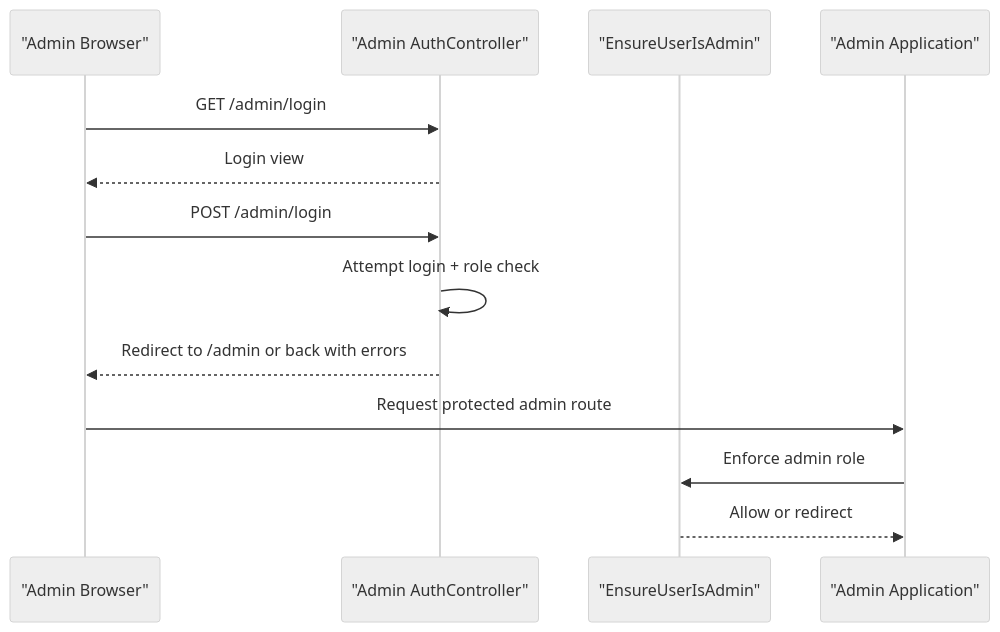
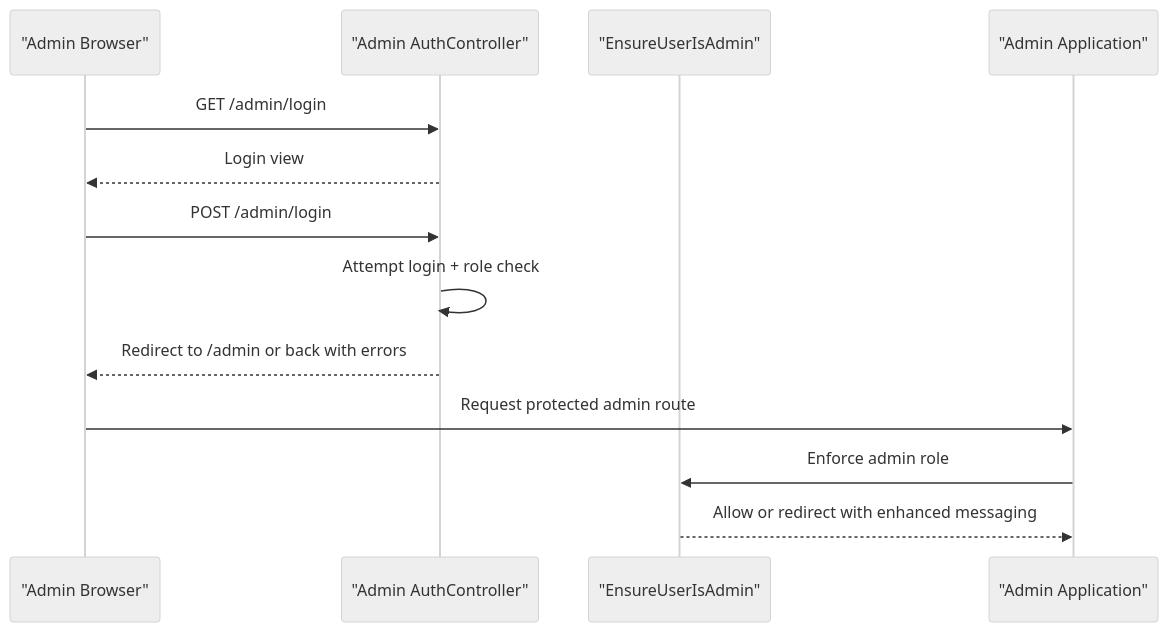
Before and after one commit to mahbub095/bus-app: the eighth of 9 diagrams in .qoder/repowiki/en/content/Administrative Dashboard/User Management & Permissions.md, drawn with Mermaid (neutral theme). The commit also changed other lines of this file and 119 other files, not shown here.

````diff
--- a/.qoder/repowiki/en/content/Administrative Dashboard/User Management & Permissions.md
+++ b/.qoder/repowiki/en/content/Administrative Dashboard/User Management & Permissions.md
@@ -314,15 +339,15 @@
 ```mermaid
 sequenceDiagram
 participant Browser as "Admin Browser"
 participant AdminAuth as "Admin AuthController"
 participant MW as "EnsureUserIsAdmin"
 participant App as "Admin Application"
 Browser->>AdminAuth : GET /admin/login
 AdminAuth-->>Browser : Login view
 Browser->>AdminAuth : POST /admin/login
 AdminAuth->>AdminAuth : Attempt login + role check
 AdminAuth-->>Browser : Redirect to /admin or back with errors
 Browser->>App : Request protected admin route
 App->>MW : Enforce admin role
-MW-->>App : Allow or redirect
+MW-->>App : Allow or redirect with enhanced messaging
 ```
````
